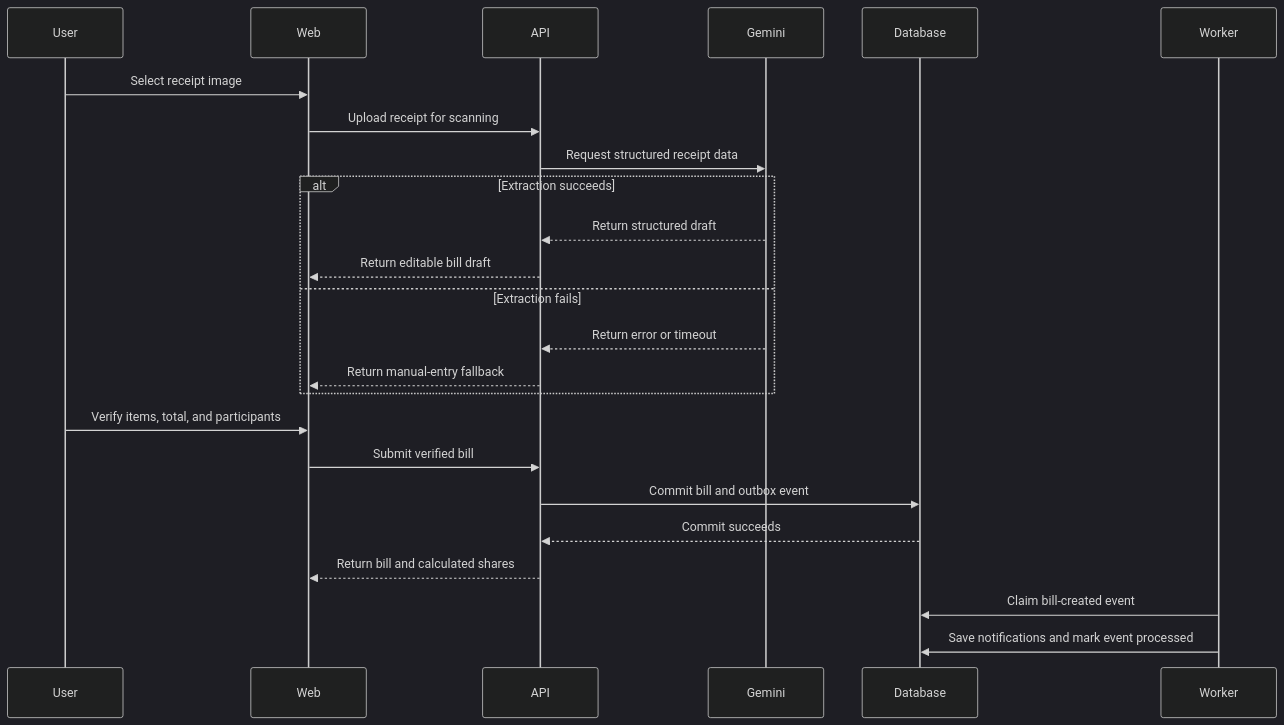
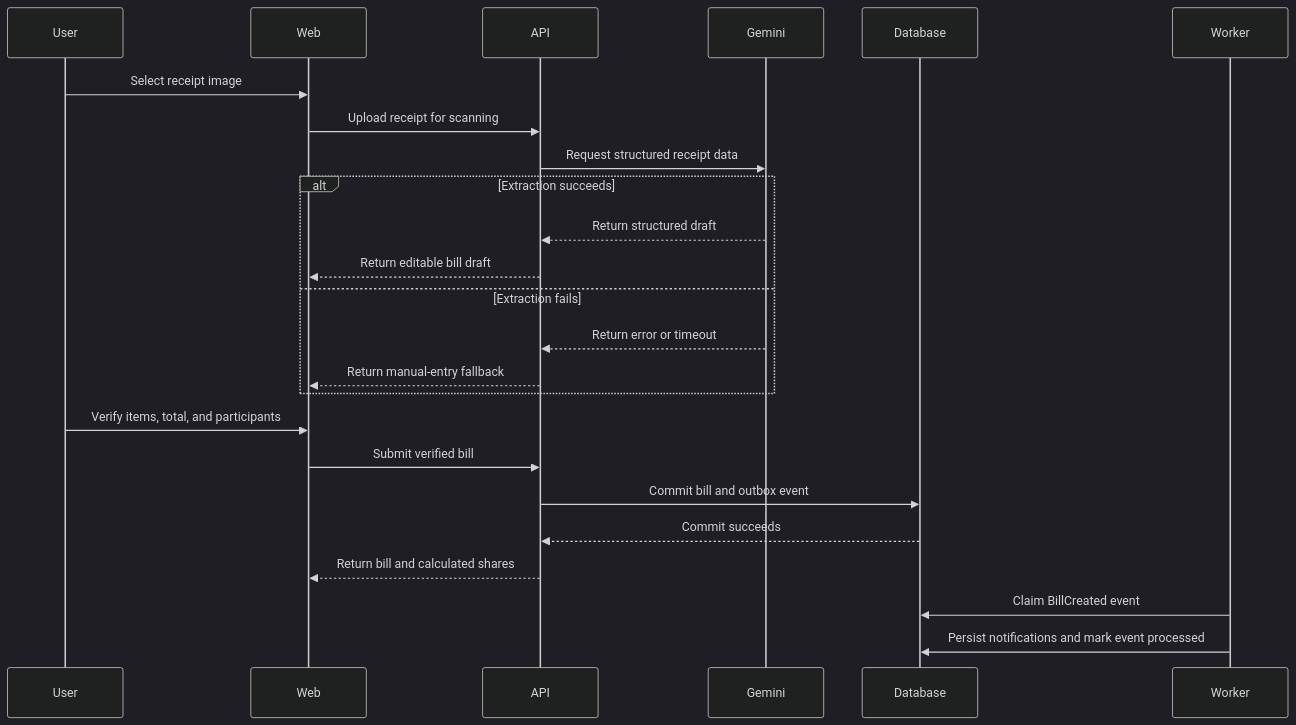
The fourth of 5 diagrams in docs/Project_Architecture/software_architecture.md (vntthanh/splitly), drawn with Mermaid (dark theme) before and after one commit. The commit also changed other lines of this file and 23 other files, not shown here.

````diff
--- a/docs/Project_Architecture/software_architecture.md
+++ b/docs/Project_Architecture/software_architecture.md
@@ -213,27 +218,27 @@
 ```mermaid
 sequenceDiagram
     participant User
     participant Web
     participant API
     participant Gemini
     participant Database
     participant Worker
 
     User->>Web: Select receipt image
     Web->>API: Upload receipt for scanning
     API->>Gemini: Request structured receipt data
     alt Extraction succeeds
         Gemini-->>API: Return structured draft
         API-->>Web: Return editable bill draft
     else Extraction fails
         Gemini-->>API: Return error or timeout
         API-->>Web: Return manual-entry fallback
     end
     User->>Web: Verify items, total, and participants
     Web->>API: Submit verified bill
     API->>Database: Commit bill and outbox event
     Database-->>API: Commit succeeds
     API-->>Web: Return bill and calculated shares
-    Worker->>Database: Claim bill-created event
-    Worker->>Database: Save notifications and mark event processed
+    Worker->>Database: Claim BillCreated event
+    Worker->>Database: Persist notifications and mark event processed
 ```
````
